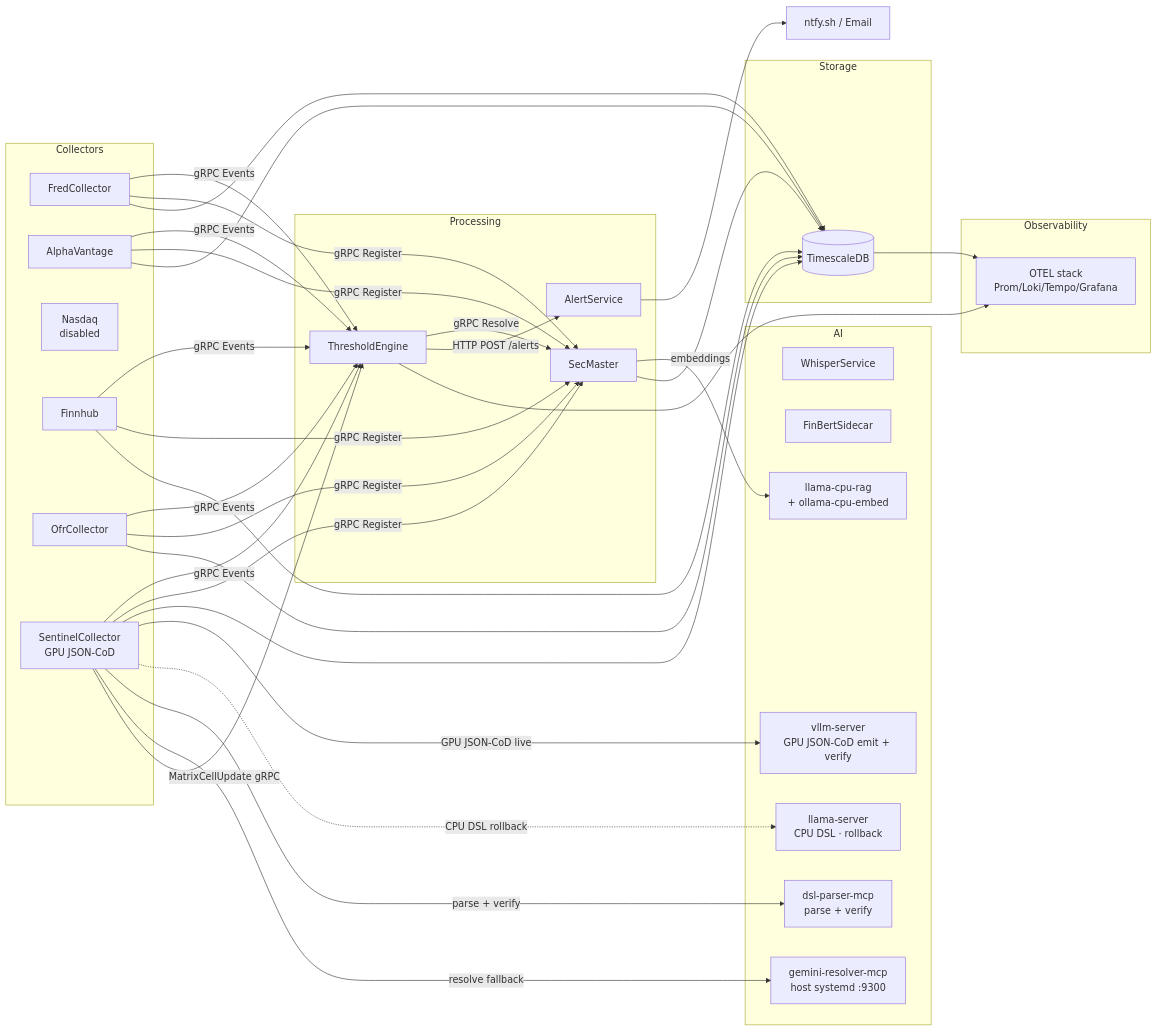
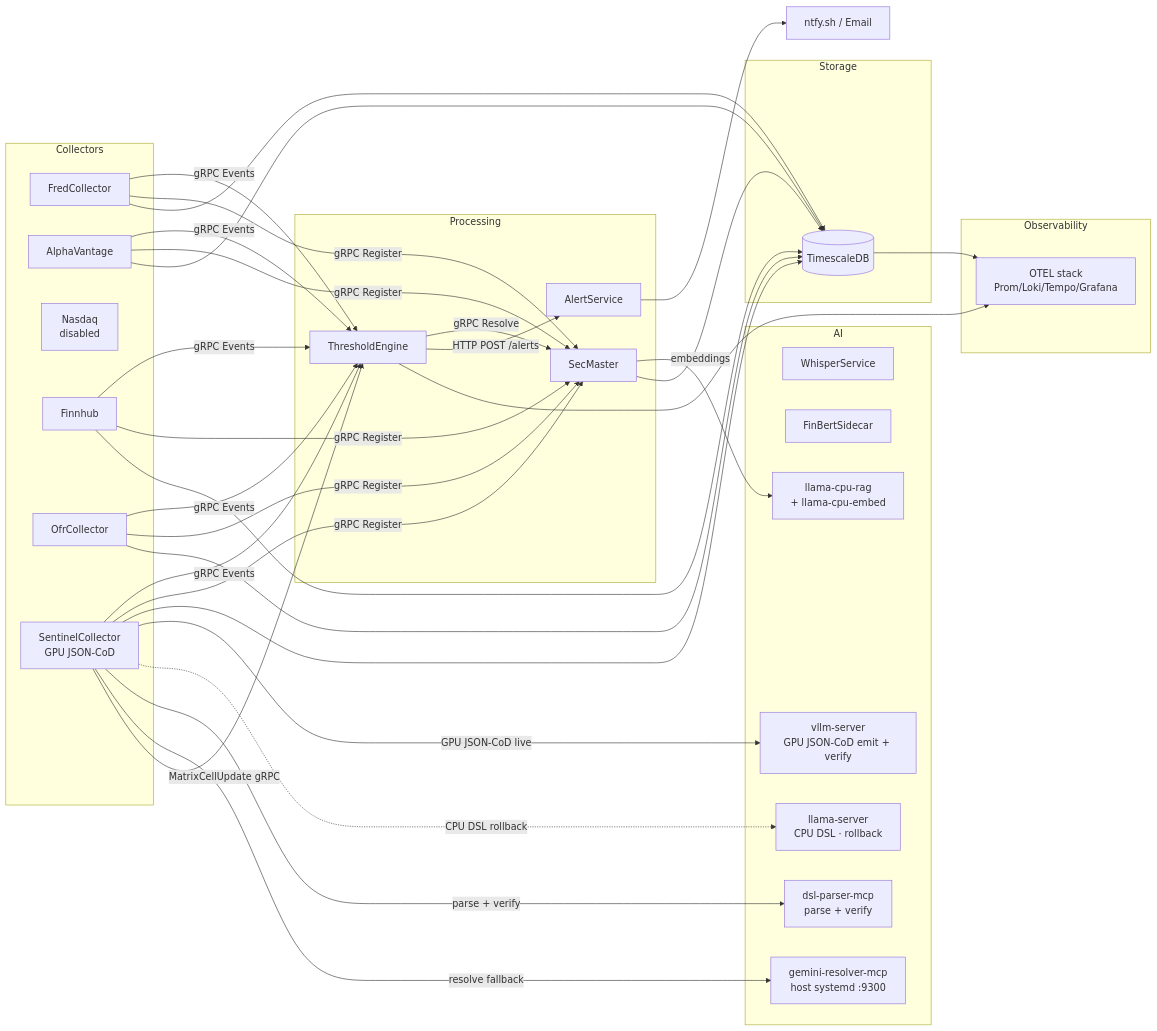
The diagram in docs/EXECUTIVE-SUMMARY.md (jpansarasa/ATLAS-Docs), drawn with Mermaid before and after one commit. The commit also changed other lines of this file and 8 other files, not shown here.

````diff
--- a/docs/EXECUTIVE-SUMMARY.md
+++ b/docs/EXECUTIVE-SUMMARY.md
@@ -12,50 +12,50 @@
 ```mermaid
 flowchart LR
     subgraph Collectors
         FC[FredCollector]
         AV[AlphaVantage]
         NC[Nasdaq<br/>disabled]
         FH[Finnhub]
         OFR[OfrCollector]
         SC[SentinelCollector<br/>GPU JSON-CoD]
     end
 
     subgraph Processing
         SM[SecMaster]
         TE[ThresholdEngine]
         AS[AlertService]
     end
 
     subgraph AI
         WS[WhisperService]
         FB[FinBertSidecar]
         VLLM[vllm-server<br/>GPU JSON-CoD emit + verify]
         LS[llama-server<br/>CPU DSL · rollback]
         DSL[dsl-parser-mcp<br/>parse + verify]
-        OL[llama-cpu-rag<br/>+ ollama-cpu-embed]
+        OL[llama-cpu-rag<br/>+ llama-cpu-embed]
         GR[gemini-resolver-mcp<br/>host systemd :9300]
     end
 
     subgraph Storage
         DB[(TimescaleDB)]
     end
 
     subgraph Observability
         OTEL[OTEL stack<br/>Prom/Loki/Tempo/Grafana]
     end
 
     FC & AV & FH & OFR & SC -->|gRPC Events| TE
     FC & AV & FH & OFR & SC -->|gRPC Register| SM
     FC & AV & FH & OFR & SC --> DB
     SC -->|GPU JSON-CoD live| VLLM
     SC -.->|CPU DSL rollback| LS
     SC -->|parse + verify| DSL
     SC -->|resolve fallback| GR
     TE -->|gRPC Resolve| SM
     SM -->|embeddings| OL
     TE -->|HTTP POST /alerts| AS
     AS --> N[ntfy.sh / Email]
     SC -->|MatrixCellUpdate gRPC| TE
     DB & TE --> OTEL
     SM --> DB
 ```
````
